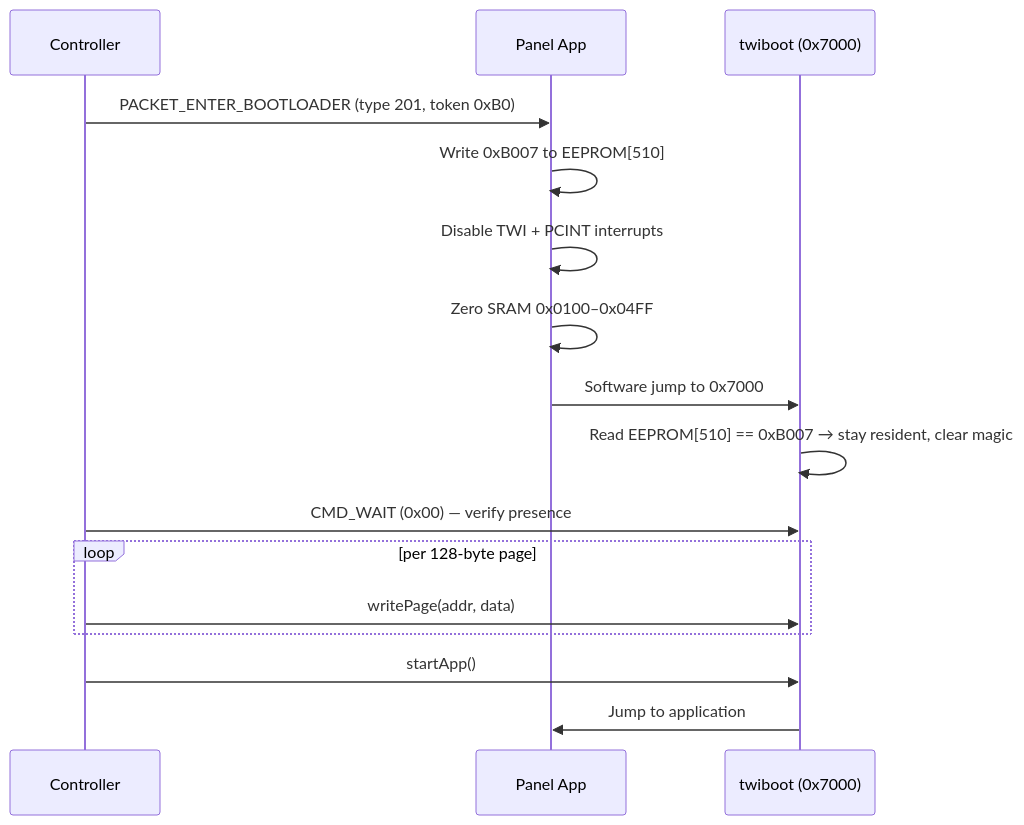
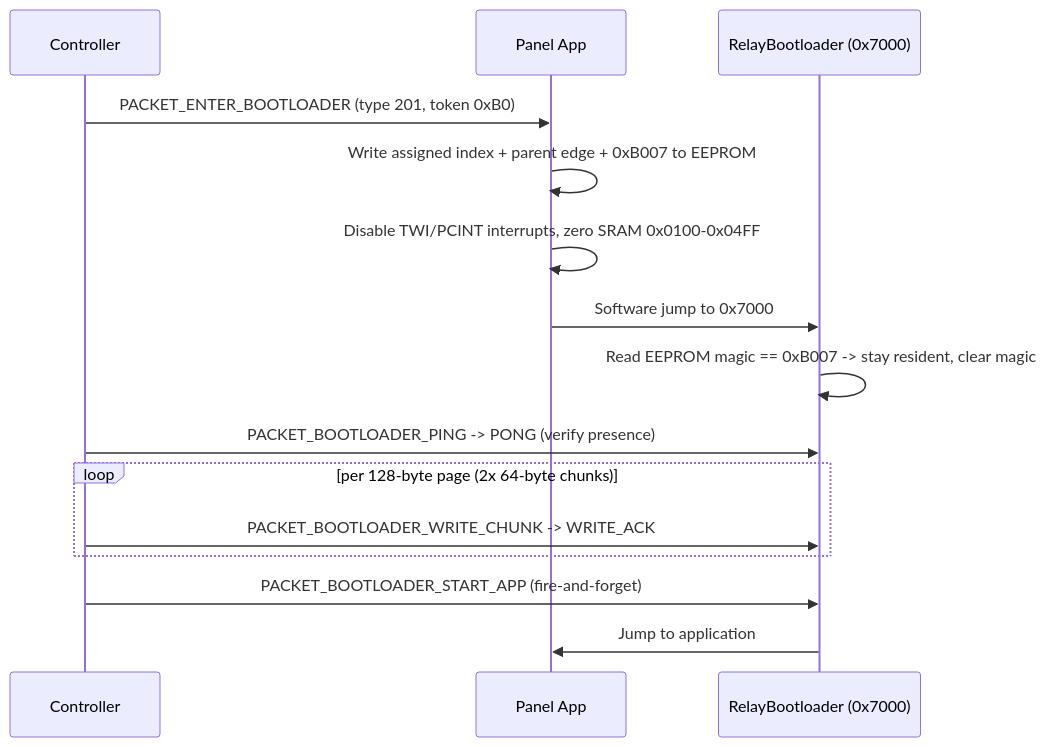
One commit to przemczan/lightnet-firmware changed the first of 2 diagrams in docs/ota.md. Above: the diagram before and after it, drawn with Mermaid. The commit also changed other lines of this file and 39 other files, not shown here.

````diff
--- a/docs/ota.md
+++ b/docs/ota.md
@@ -38,19 +41,18 @@
 ```mermaid
 sequenceDiagram
   participant C as Controller
   participant P as Panel App
-  participant BL as twiboot (0x7000)
+  participant BL as RelayBootloader (0x7000)
 
   C->>P: PACKET_ENTER_BOOTLOADER (type 201, token 0xB0)
-  P->>P: Write 0xB007 to EEPROM[510]
-  P->>P: Disable TWI + PCINT interrupts
-  P->>P: Zero SRAM 0x0100–0x04FF
+  P->>P: Write assigned index + parent edge + 0xB007 to EEPROM
+  P->>P: Disable TWI/PCINT interrupts, zero SRAM 0x0100-0x04FF
   P->>BL: Software jump to 0x7000
-  BL->>BL: Read EEPROM[510] == 0xB007 → stay resident, clear magic
-  C->>BL: CMD_WAIT (0x00) — verify presence
-  loop per 128-byte page
-    C->>BL: writePage(addr, data)
+  BL->>BL: Read EEPROM magic == 0xB007 -> stay resident, clear magic
+  C->>BL: PACKET_BOOTLOADER_PING -> PONG (verify presence)
+  loop per 128-byte page (2x 64-byte chunks)
+    C->>BL: PACKET_BOOTLOADER_WRITE_CHUNK -> WRITE_ACK
   end
-  C->>BL: startApp()
+  C->>BL: PACKET_BOOTLOADER_START_APP (fire-and-forget)
   BL->>P: Jump to application
 ```
````
